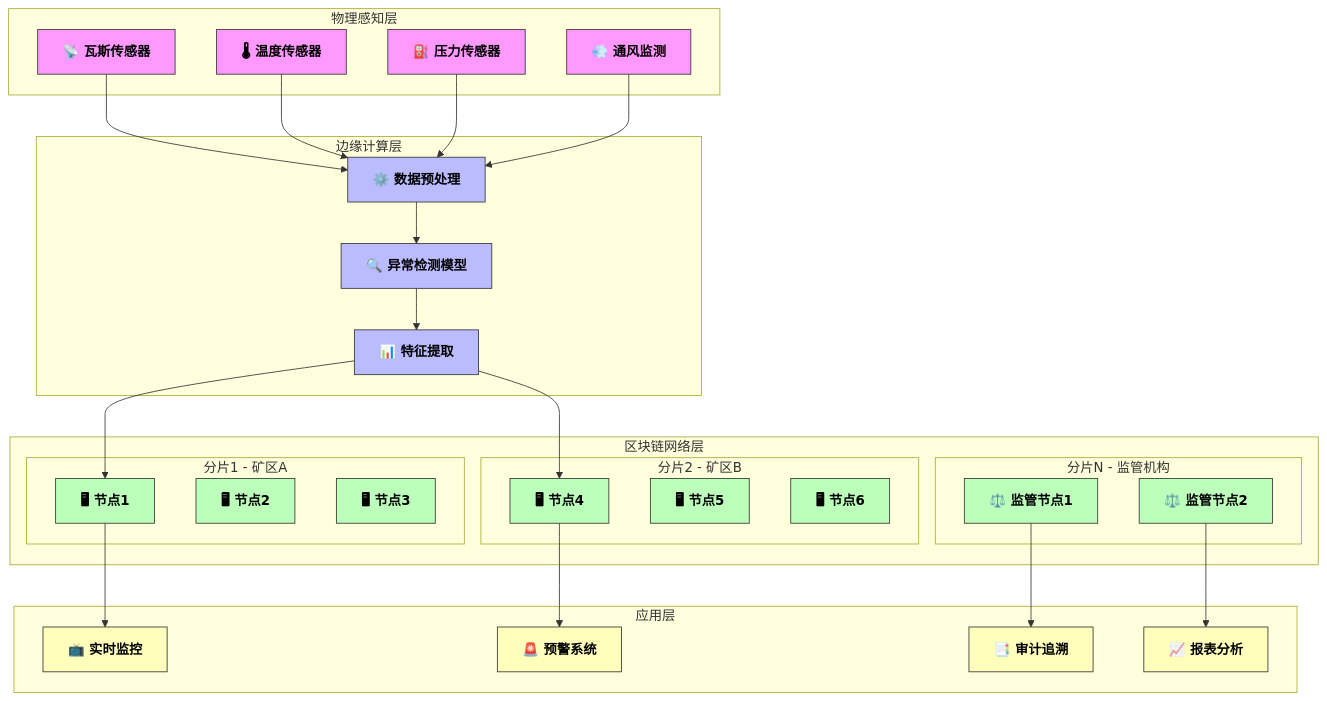
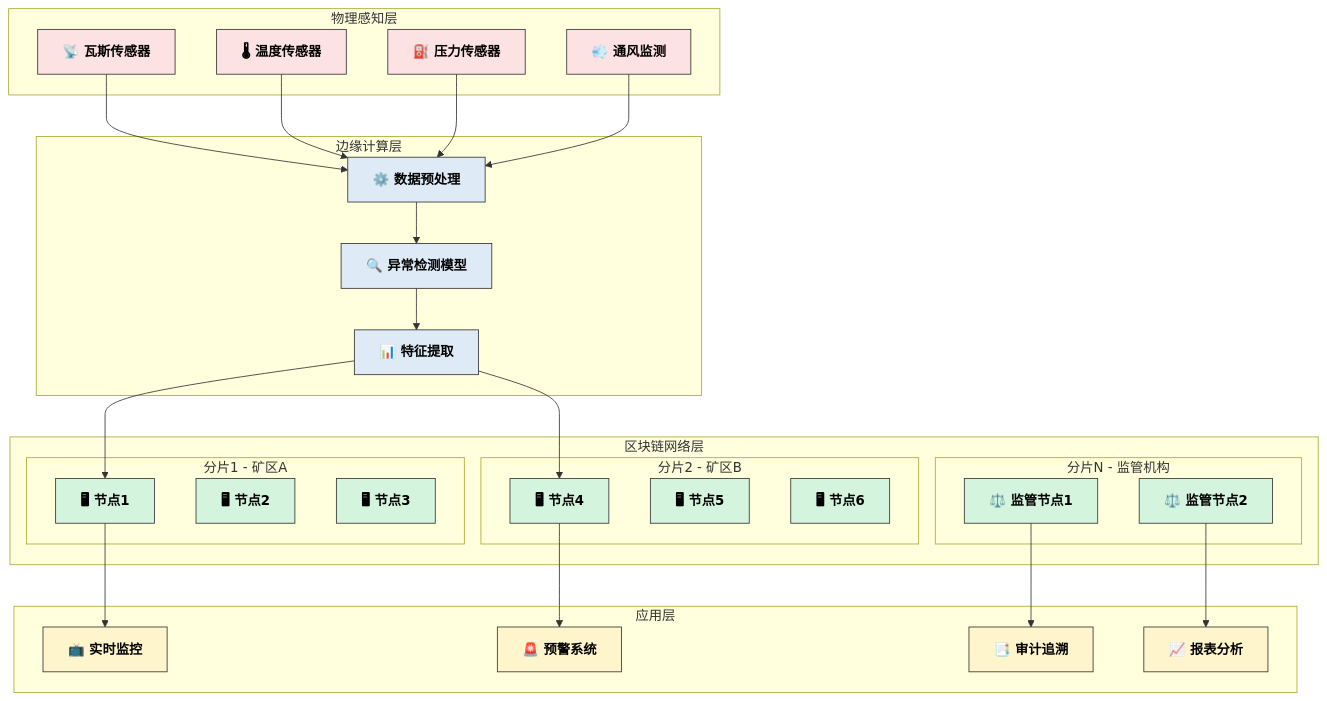
Before and after one commit to ystAlex/iodraw-files: the diagram in all/未命名.md, drawn with Mermaid.

Commit message:
2025-09-11 03:34:28 update

````diff
--- a/all/未命名.md
+++ b/all/未命名.md
@@ -1,70 +1,74 @@
 ```mermaid
+%% 设置白色背景
+%% 在支持 Mermaid 的环境里可以用主题变量
+%% { "theme": "base", "themeVariables": { "background":"#ffffff" } }
+
 graph TB
-    %% 整体方向
-    classDef sensor fill:#f9f,stroke:#333,stroke-width:1px,color:#000,font-weight:bold
-    classDef edge fill:#bbf,stroke:#333,stroke-width:1px,color:#000,font-weight:bold
-    classDef blockchain fill:#bfb,stroke:#333,stroke-width:1px,color:#000,font-weight:bold
-    classDef app fill:#ffb,stroke:#333,stroke-width:1px,color:#000,font-weight:bold
+    %% 样式定义
+    classDef sensor fill:#fde2e4,stroke:#333,stroke-width:1px,color:#000,font-weight:bold
+    classDef edge fill:#deeaf6,stroke:#333,stroke-width:1px,color:#000,font-weight:bold
+    classDef blockchain fill:#d4f4dd,stroke:#333,stroke-width:1px,color:#000,font-weight:bold
+    classDef app fill:#fff5cc,stroke:#333,stroke-width:1px,color:#000,font-weight:bold
 
     subgraph "物理感知层"
         S1[📡 瓦斯传感器]
         S2[🌡 温度传感器]
         S3[⛽ 压力传感器]
         S4[💨 通风监测]
     end
     
     subgraph "边缘计算层"
         M1[⚙️ 数据预处理]
         M2[🔍 异常检测模型]
         M3[📊 特征提取]
     end
     
     subgraph "区块链网络层"
         subgraph "分片1 - 矿区A"
             N1[🖥 节点1]
             N2[🖥 节点2]
             N3[🖥 节点3]
         end
         
         subgraph "分片2 - 矿区B"
             N4[🖥 节点4]
             N5[🖥 节点5]
             N6[🖥 节点6]
         end
         
         subgraph "分片N - 监管机构"
             N7[⚖️ 监管节点1]
             N8[⚖️ 监管节点2]
         end
     end
     
     subgraph "应用层"
         C1[📺 实时监控]
         C2[🚨 预警系统]
         C3[📑 审计追溯]
         C4[📈 报表分析]
     end
     
     %% 连线
     S1 --> M1
     S2 --> M1
     S3 --> M1
     S4 --> M1
     
     M1 --> M2
     M2 --> M3
     M3 --> N1
     M3 --> N4
     
     N1 --> C1
     N4 --> C2
     N7 --> C3
     N8 --> C4
     
     %% 分类样式
     class S1,S2,S3,S4 sensor
     class M1,M2,M3 edge
     class N1,N2,N3,N4,N5,N6,N7,N8 blockchain
     class C1,C2,C3,C4 app
 
 ```
````
